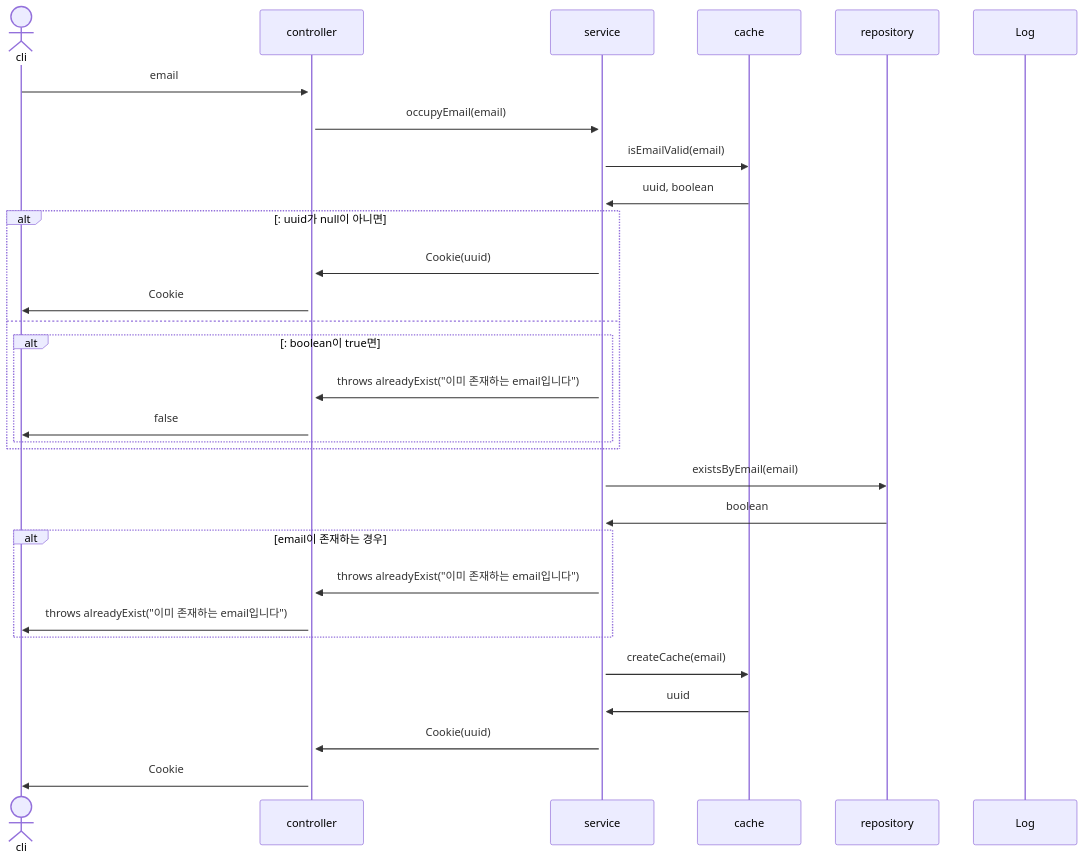
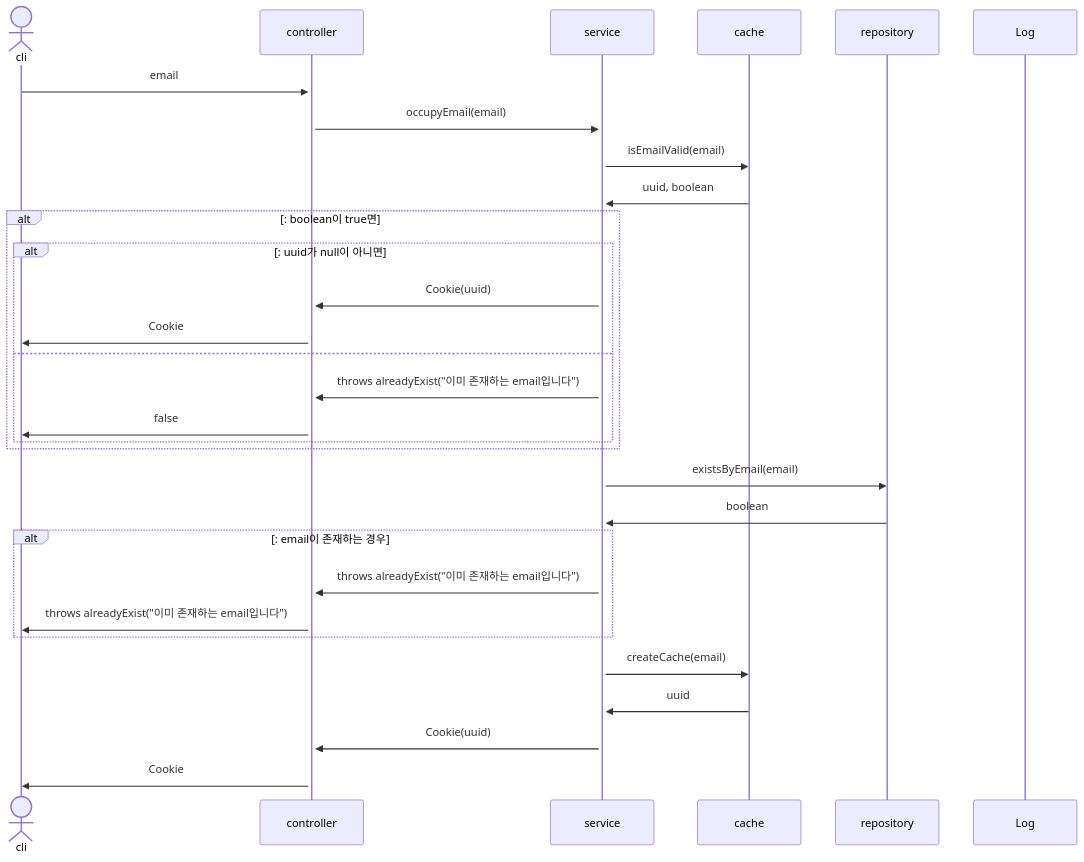
Before and after one commit to mtak0235/snsX: the first of 30 diagrams in sequence.md, drawn with Mermaid.

Commit message:
update occupyMemberEmail sequence diagram

````diff
--- a/sequence.md
+++ b/sequence.md
@@ -3,33 +3,33 @@
 ```mermaid
 sequenceDiagram
 actor cli
 participant c as controller
 participant s as service
 participant ca as cache
 participant r as repository
 participant l as Log
 
 cli->>+c: email
 c->>+s: occupyEmail(email)
 s->>ca: isEmailValid(email)
 ca->>s: uuid, boolean
+alt: boolean이 true면
 alt: uuid가 null이 아니면
 s->>c: Cookie(uuid)
 c->>cli: Cookie
 else
-alt: boolean이 true면
 s->>c: throws alreadyExist("이미 존재하는 email입니다")
 c->>cli: false
 end
 end
 s->>r: existsByEmail(email)
 r->>s: boolean
-alt email이 존재하는 경우
+alt: email이 존재하는 경우
 s->>c: throws alreadyExist("이미 존재하는 email입니다")
 c->>cli: throws alreadyExist("이미 존재하는 email입니다")
 end
 s->>ca: createCache(email)
 ca->>s: uuid
 s->>c: Cookie(uuid)
 c->>cli: Cookie
 ```
````
